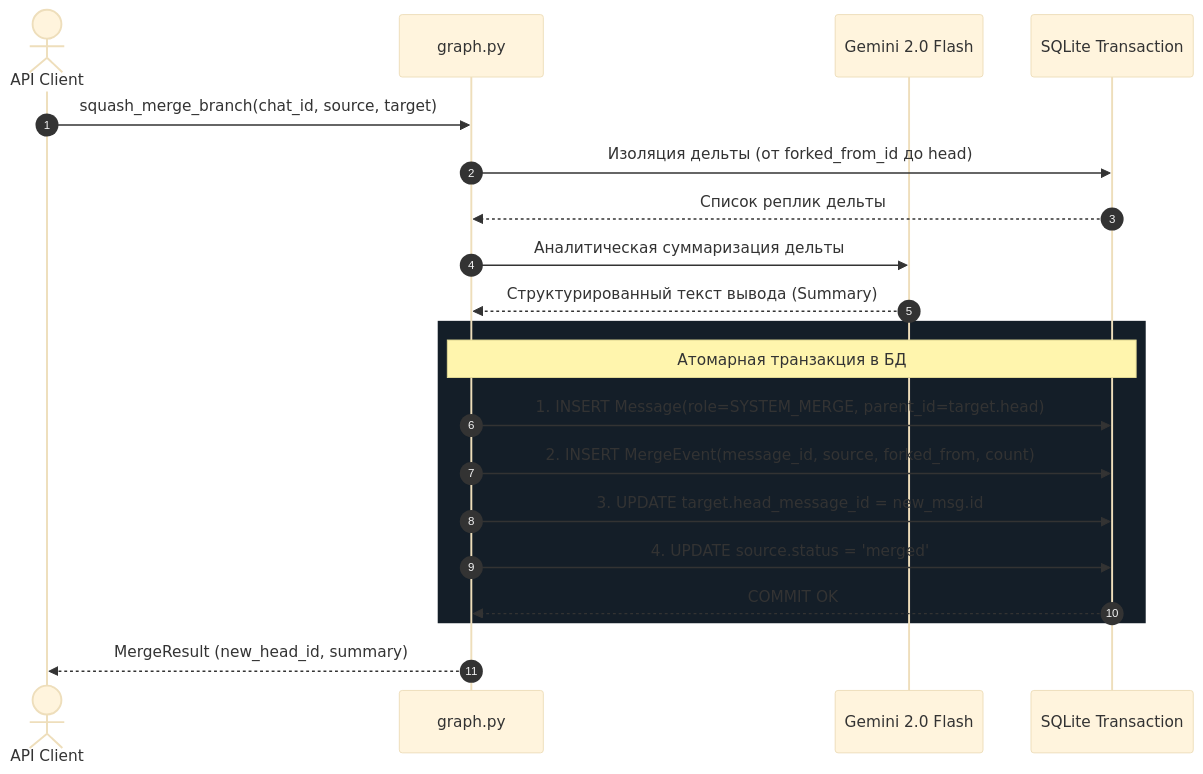
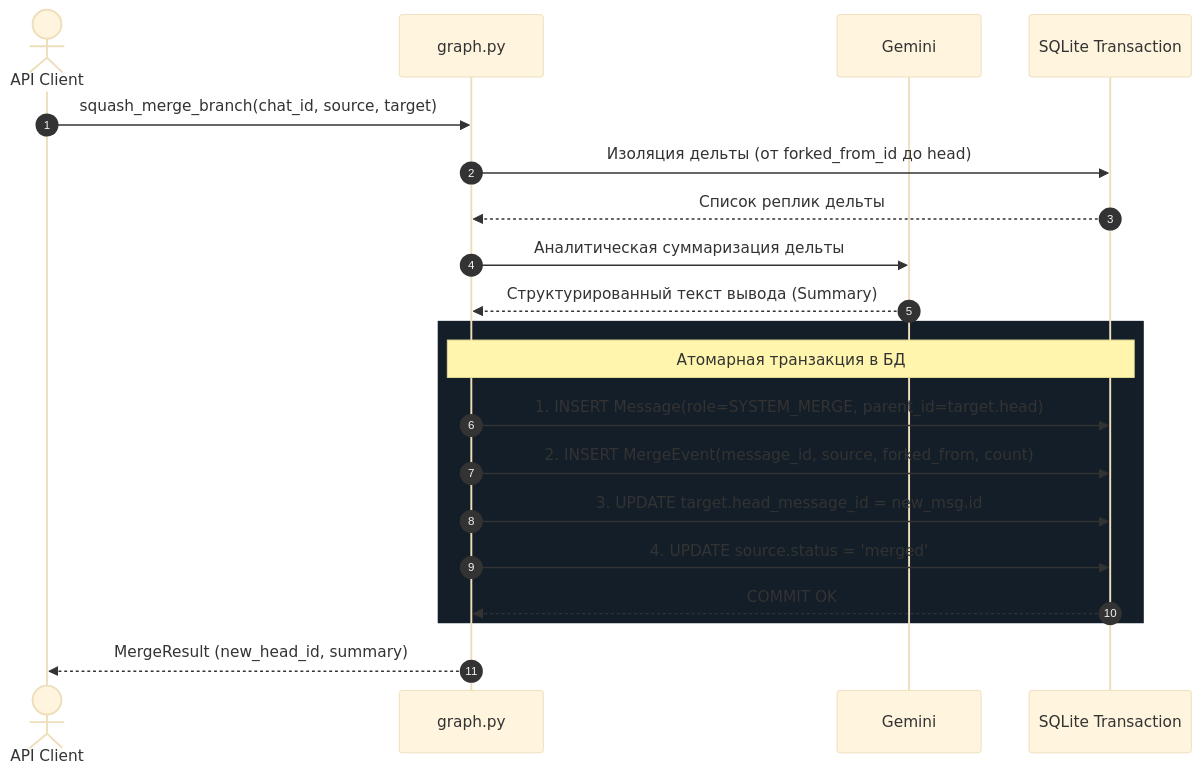
Before and after one commit to Curr3ncyV01D/exocortex: the third of 6 diagrams in docs/SPEC.md, drawn with Mermaid (base theme). The commit also changed other lines of this file and 2 other files, not shown here.

````diff
--- a/docs/SPEC.md
+++ b/docs/SPEC.md
@@ -418,26 +375,26 @@
 ```mermaid
 sequenceDiagram
     autonumber
     actor Client as API Client
     participant Engine as graph.py
-    participant LLM as Gemini 2.0 Flash
+    participant LLM as Gemini
     participant DB as SQLite Transaction
 
     Client->>Engine: squash_merge_branch(chat_id, source, target)
     Engine->>DB: Изоляция дельты (от forked_from_id до head)
     DB-->>Engine: Список реплик дельты
     
     Engine->>LLM: Аналитическая суммаризация дельты
     LLM-->>Engine: Структурированный текст вывода (Summary)
     
     rect rgb(20, 30, 40)
     Note over Engine,DB: Атомарная транзакция в БД
     Engine->>DB: 1. INSERT Message(role=SYSTEM_MERGE, parent_id=target.head)
     Engine->>DB: 2. INSERT MergeEvent(message_id, source, forked_from, count)
     Engine->>DB: 3. UPDATE target.head_message_id = new_msg.id
     Engine->>DB: 4. UPDATE source.status = 'merged'
     DB-->>Engine: COMMIT OK
     end
     
     Engine-->>Client: MergeResult (new_head_id, summary)
 ```
````
